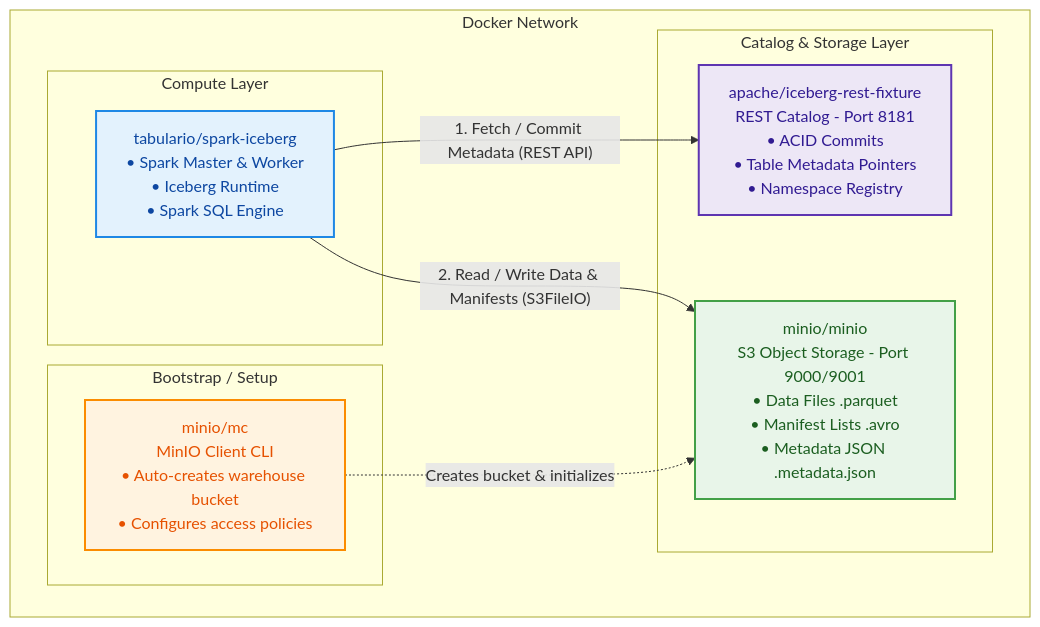
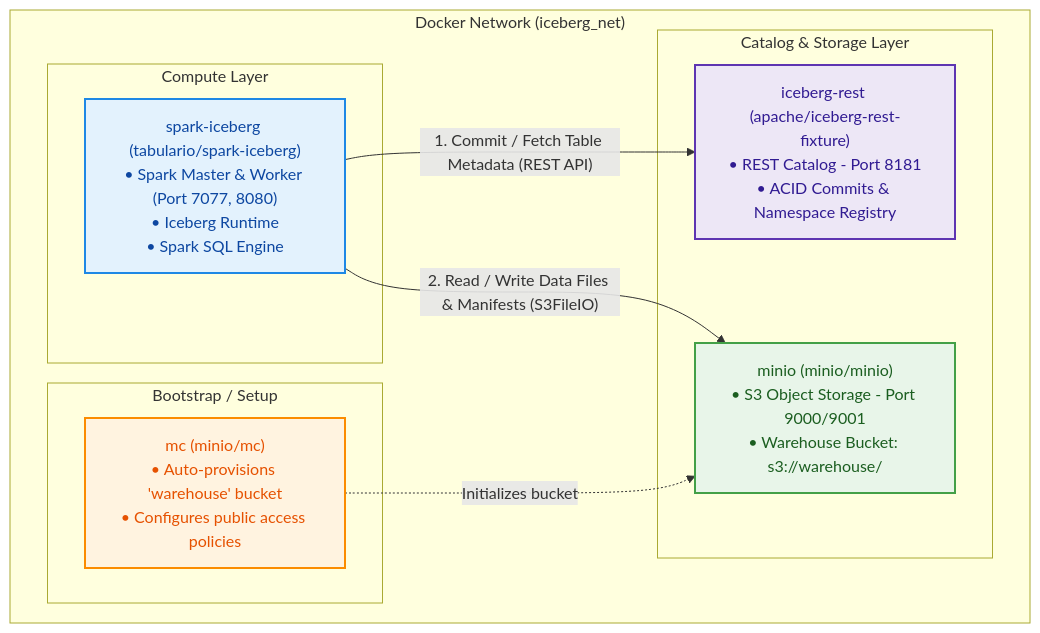
The second of 2 diagrams in maven_projects/sdk_lakehouse/README.md (x-ruiz/playground-data-engineering), drawn with Mermaid before and after one commit. The commit also changed other lines of this file and 1 other file, not shown here.

````diff
--- a/maven_projects/sdk_lakehouse/README.md
+++ b/maven_projects/sdk_lakehouse/README.md
@@ -71,37 +67,35 @@
 ```mermaid
 flowchart TD
-    subgraph DockerNetwork[Docker Network]
+    subgraph DockerNetwork["Docker Network (iceberg_net)"]
         %% Compute Layer
-        subgraph ComputeLayer[Compute Layer]
-            Spark[tabulario/spark-iceberg<br/>• Spark Master & Worker<br/>• Iceberg Runtime<br/>• Spark SQL Engine]
+        subgraph ComputeLayer["Compute Layer"]
+            Spark["spark-iceberg (tabulario/spark-iceberg)<br/>• Spark Master & Worker (Port 7077, 8080)<br/>• Iceberg Runtime<br/>• Spark SQL Engine"]
         end
 
         %% Catalog & Storage Layer
-        subgraph DataLayer[Catalog & Storage Layer]
-            Catalog[apache/iceberg-rest-fixture<br/>REST Catalog - Port 8181<br/>• ACID Commits<br/>• Table Metadata Pointers<br/>• Namespace Registry]
-            
-            Storage[minio/minio<br/>S3 Object Storage - Port 9000/9001<br/>• Data Files .parquet<br/>• Manifest Lists .avro<br/>• Metadata JSON .metadata.json]
+        subgraph DataLayer["Catalog & Storage Layer"]
+            Catalog["iceberg-rest (apache/iceberg-rest-fixture)<br/>• REST Catalog - Port 8181<br/>• ACID Commits & Namespace Registry"]
+            Storage["minio (minio/minio)<br/>• S3 Object Storage - Port 9000/9001<br/>• Warehouse Bucket: s3://warehouse/"]
         end
 
         %% Init Layer
-        subgraph InitLayer[Bootstrap / Setup]
-            MC[minio/mc<br/>MinIO Client CLI<br/>• Auto-creates warehouse bucket<br/>• Configures access policies]
+        subgraph InitLayer["Bootstrap / Setup"]
+            MC["mc (minio/mc)<br/>• Auto-provisions 'warehouse' bucket<br/>• Configures public access policies"]
         end
 
-        %% Flow & Interactions (Quotes resolve the parenthesis parse error)
-        Spark -->|"1. Fetch / Commit Metadata (REST API)"| Catalog
-        Spark -->|"2. Read / Write Data & Manifests (S3FileIO)"| Storage
-        MC -.->|"Creates bucket & initializes"| Storage
+        %% Interactions
+        Spark -->|"1. Commit / Fetch Table Metadata (REST API)"| Catalog
+        Spark -->|"2. Read / Write Data Files & Manifests (S3FileIO)"| Storage
+        MC -.->|"Initializes bucket"| Storage
     end
 
-    %% Styles
     classDef compute fill:#E3F2FD,stroke:#1E88E5,stroke-width:2px,color:#0D47A1;
     classDef catalog fill:#EDE7F6,stroke:#5E35B1,stroke-width:2px,color:#311B92;
     classDef storage fill:#E8F5E9,stroke:#43A047,stroke-width:2px,color:#1B5E20;
     classDef init fill:#FFF3E0,stroke:#FB8C00,stroke-width:2px,color:#E65100;
 
     class Spark compute;
     class Catalog catalog;
     class Storage storage;
     class MC init;
 ```
````
